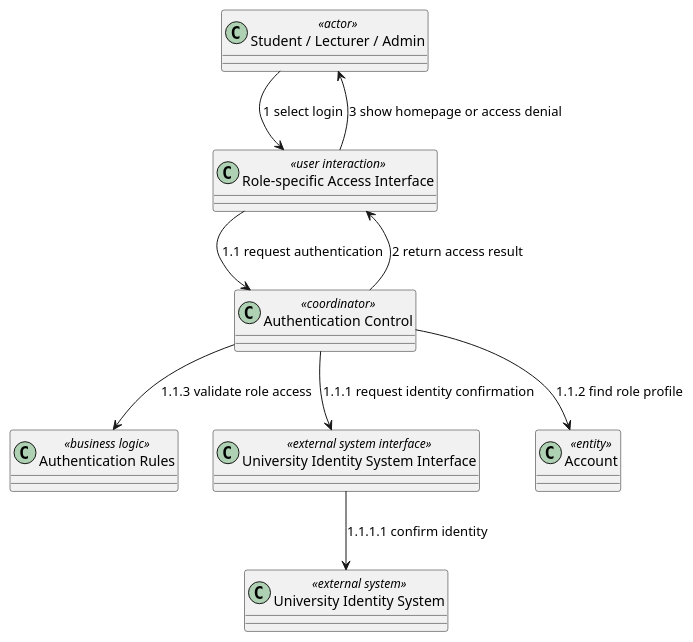
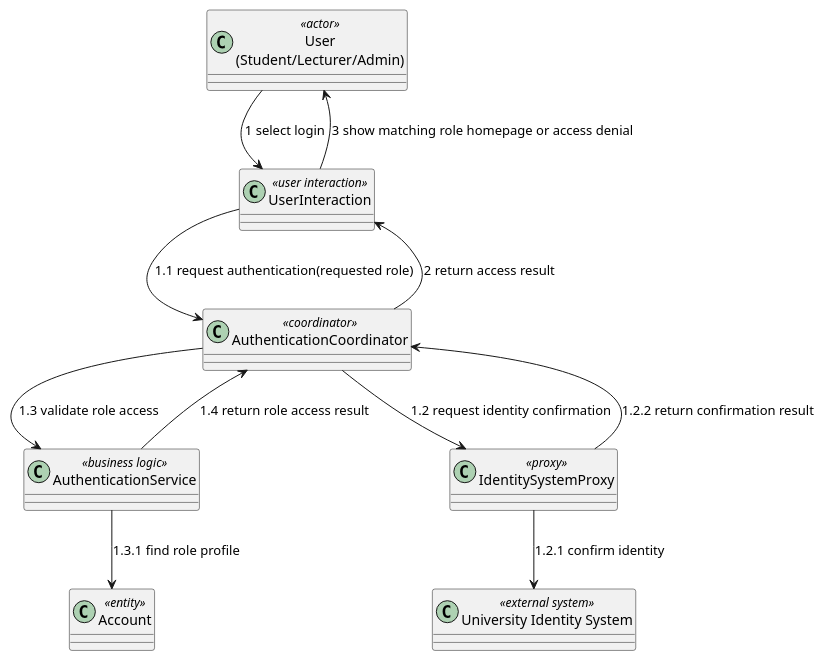
The eighth of 29 diagrams in docs/sds/2_Analysis.md (nttung42/SWD392), drawn with PlantUML before and after one commit. The commit also changed other lines of this file and 5 other files, not shown here.

````diff
--- a/docs/sds/2_Analysis.md
+++ b/docs/sds/2_Analysis.md
@@ -400,20 +397,22 @@
 ```plantuml
 @startuml
-class "Student / Lecturer / Admin" as User <<actor>>
-class "Role-specific Access Interface" as AccessUI <<user interaction>>
-class "Authentication Control" as AuthControl <<coordinator>>
-class "Authentication Rules" as AuthRules <<business logic>>
-class "University Identity System Interface" as UISInterface <<external system interface>>
+class "User\n(Student/Lecturer/Admin)" as User <<actor>>
+class "UserInteraction" as AccessUI <<user interaction>>
+class "AuthenticationCoordinator" as AuthControl <<coordinator>>
+class "AuthenticationService" as AuthRules <<business logic>>
+class "IdentitySystemProxy" as UISInterface <<proxy>>
 class "University Identity System" as UIS <<external system>>
 class "Account" as Account <<entity>>
 
 User --> AccessUI : 1 select login
-AccessUI --> AuthControl : 1.1 request authentication
-AuthControl --> UISInterface : 1.1.1 request identity confirmation
-UISInterface --> UIS : 1.1.1.1 confirm identity
-AuthControl --> Account : 1.1.2 find role profile
-AuthControl --> AuthRules : 1.1.3 validate role access
+AccessUI --> AuthControl : 1.1 request authentication(requested role)
+AuthControl --> UISInterface : 1.2 request identity confirmation
+UISInterface --> UIS : 1.2.1 confirm identity
+UISInterface --> AuthControl : 1.2.2 return confirmation result
+AuthControl --> AuthRules : 1.3 validate role access
+AuthRules --> Account : 1.3.1 find role profile
+AuthRules --> AuthControl : 1.4 return role access result
 AuthControl --> AccessUI : 2 return access result
-AccessUI --> User : 3 show homepage or access denial
+AccessUI --> User : 3 show matching role homepage or access denial
 @enduml
 ```
````
